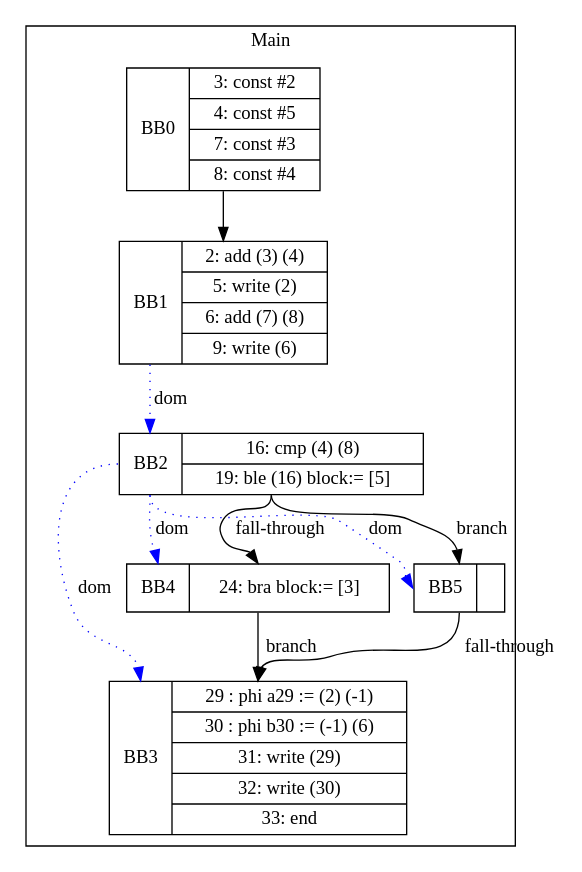
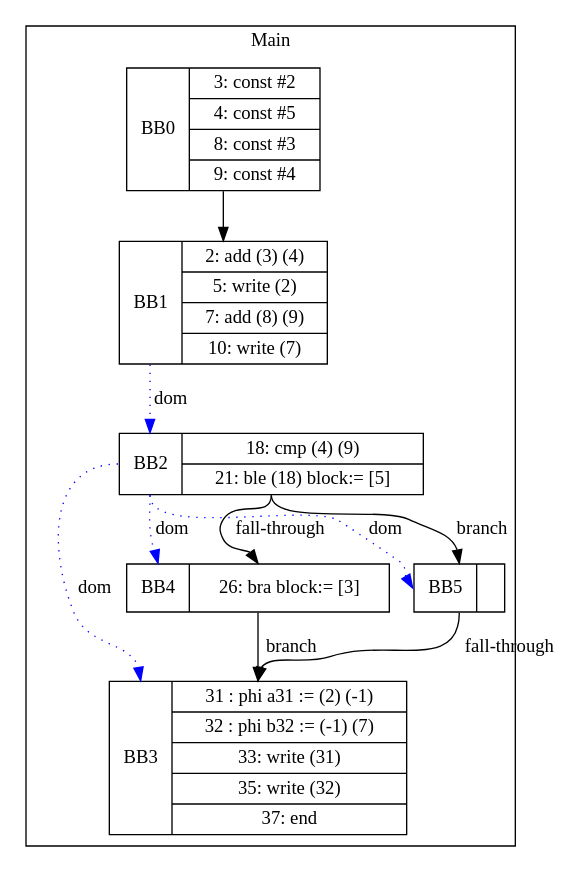
Before and after one commit to zjc664656505/UCI-CS241-Advanced-Compiler-main: the diagram in visualization/ChinHung/if_branch_fall_empty-corrected-let.gv, drawn with Graphviz. The commit also changed 55 other files, not shown here.

```diff
--- a/visualization/ChinHung/if_branch_fall_empty-corrected-let.gv
+++ b/visualization/ChinHung/if_branch_fall_empty-corrected-let.gv
@@ -1,21 +1,21 @@
 digraph G {
 node [shape=record];
 subgraph cluster_main{
 label = "Main";
-BB0 [shape=record, label="<b>BB0|{3: const #2|4: const #5|7: const #3|8: const #4}"];
-BB1 [shape=record, label="<b>BB1|{2: add (3) (4)|5: write (2)|6: add (7) (8)|9: write (6)}"];
-BB2 [shape=record, label="<b>BB2|{16: cmp (4) (8)|19: ble (16) block:= [5]}"];
-BB3 [shape=record, label="<b>BB3|{29 : phi a29 := (2) (-1)|30 : phi b30 := (-1) (6)|31: write (29)|32: write (30)|33: end}"];
-BB4 [shape=record, label="<b>BB4|{24: bra block:= [3]}"];
+BB0 [shape=record, label="<b>BB0|{3: const #2|4: const #5|8: const #3|9: const #4}"];
+BB1 [shape=record, label="<b>BB1|{2: add (3) (4)|5: write (2)|7: add (8) (9)|10: write (7)}"];
+BB2 [shape=record, label="<b>BB2|{18: cmp (4) (9)|21: ble (18) block:= [5]}"];
+BB3 [shape=record, label="<b>BB3|{31 : phi a31 := (2) (-1)|32 : phi b32 := (-1) (7)|33: write (31)|35: write (32)|37: end}"];
+BB4 [shape=record, label="<b>BB4|{26: bra block:= [3]}"];
 BB5 [shape=record, label="<b>BB5|}"];
 }
 BB0:s -> BB1:n ;
 BB2:b -> BB3:b [color=blue, style=dotted, label="dom"];
 BB2:b -> BB4:b [color=blue, style=dotted, label="dom"];
 BB1:b -> BB2:b [color=blue, style=dotted, label="dom"];
 BB2:b -> BB5:b [color=blue, style=dotted, label="dom"];
 BB2:s -> BB5:n [label="branch"];
 BB4:s -> BB3:n [label="branch"];
 BB5:s -> BB3:n [label="fall-through"];
 BB2:s -> BB4:n [label="fall-through"];
 }
```
